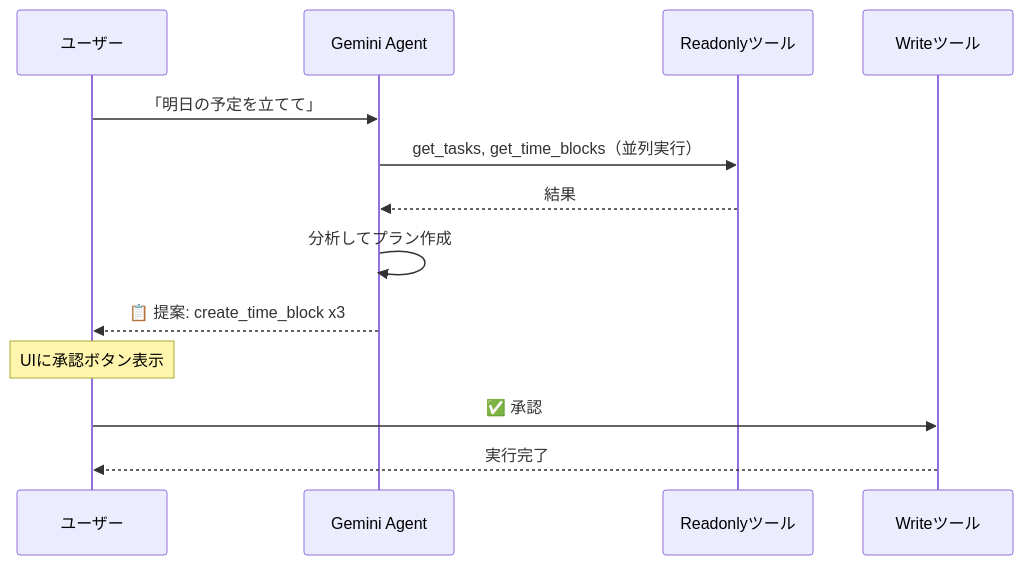
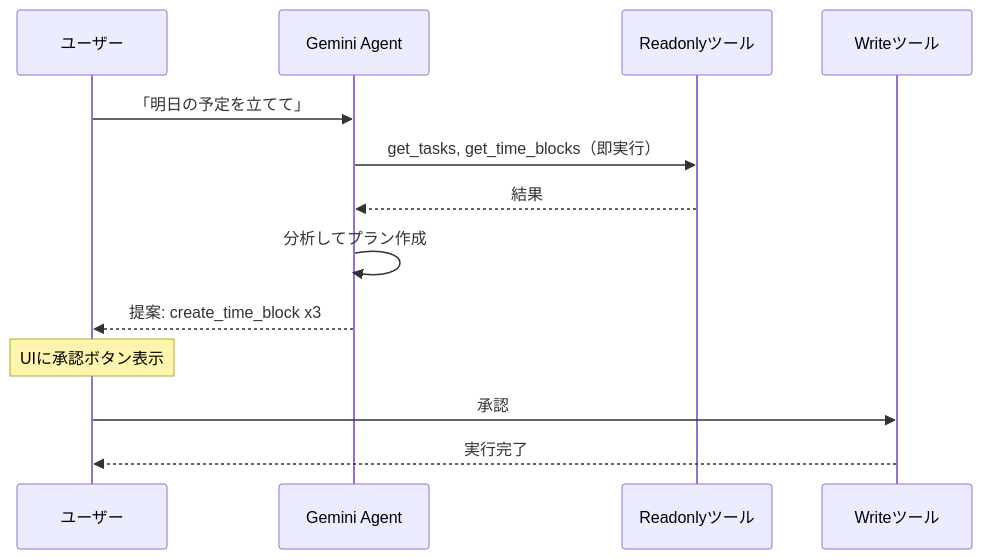
The second of 2 diagrams in docs/hackathon/zenn_article.md (yu-min3/kensan), drawn with Mermaid before and after one commit. The commit also changed other lines of this file and 117 other files, not shown here.

````diff
--- a/docs/hackathon/zenn_article.md
+++ b/docs/hackathon/zenn_article.md
@@ -39,20 +195,20 @@
 ```mermaid
 sequenceDiagram
     participant U as ユーザー
     participant Agent as Gemini Agent
     participant R as Readonlyツール
     participant W as Writeツール
 
     U->>Agent: 「明日の予定を立てて」
 
-    Agent->>R: get_tasks, get_time_blocks（並列実行）
+    Agent->>R: get_tasks, get_time_blocks（即実行）
     R-->>Agent: 結果
 
     Agent->>Agent: 分析してプラン作成
 
-    Agent-->>U: 📋 提案: create_time_block x3
+    Agent-->>U: 提案: create_time_block x3
     Note over U: UIに承認ボタン表示
 
-    U->>W: ✅ 承認
+    U->>W: 承認
     W-->>U: 実行完了
 ```
````
